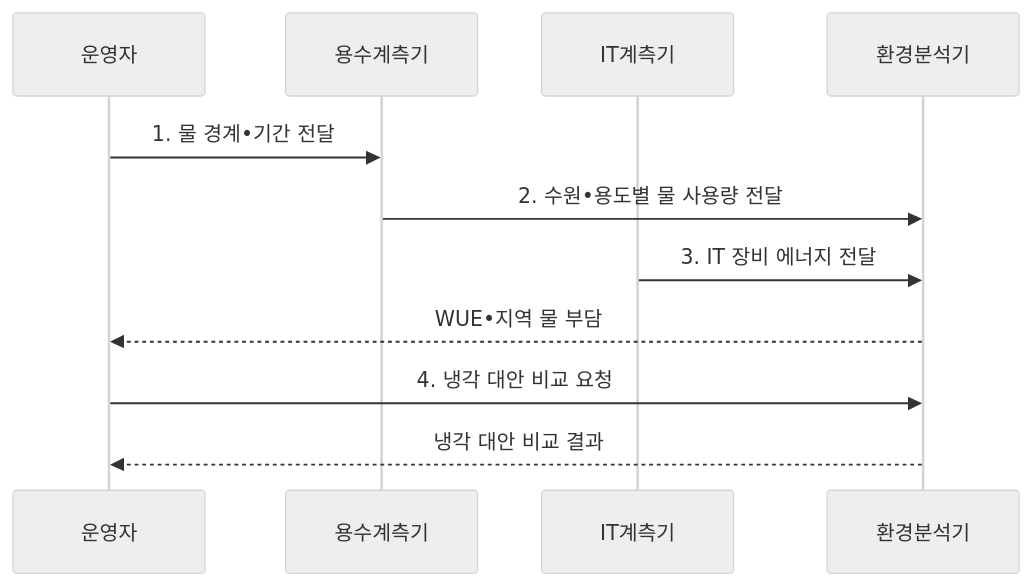
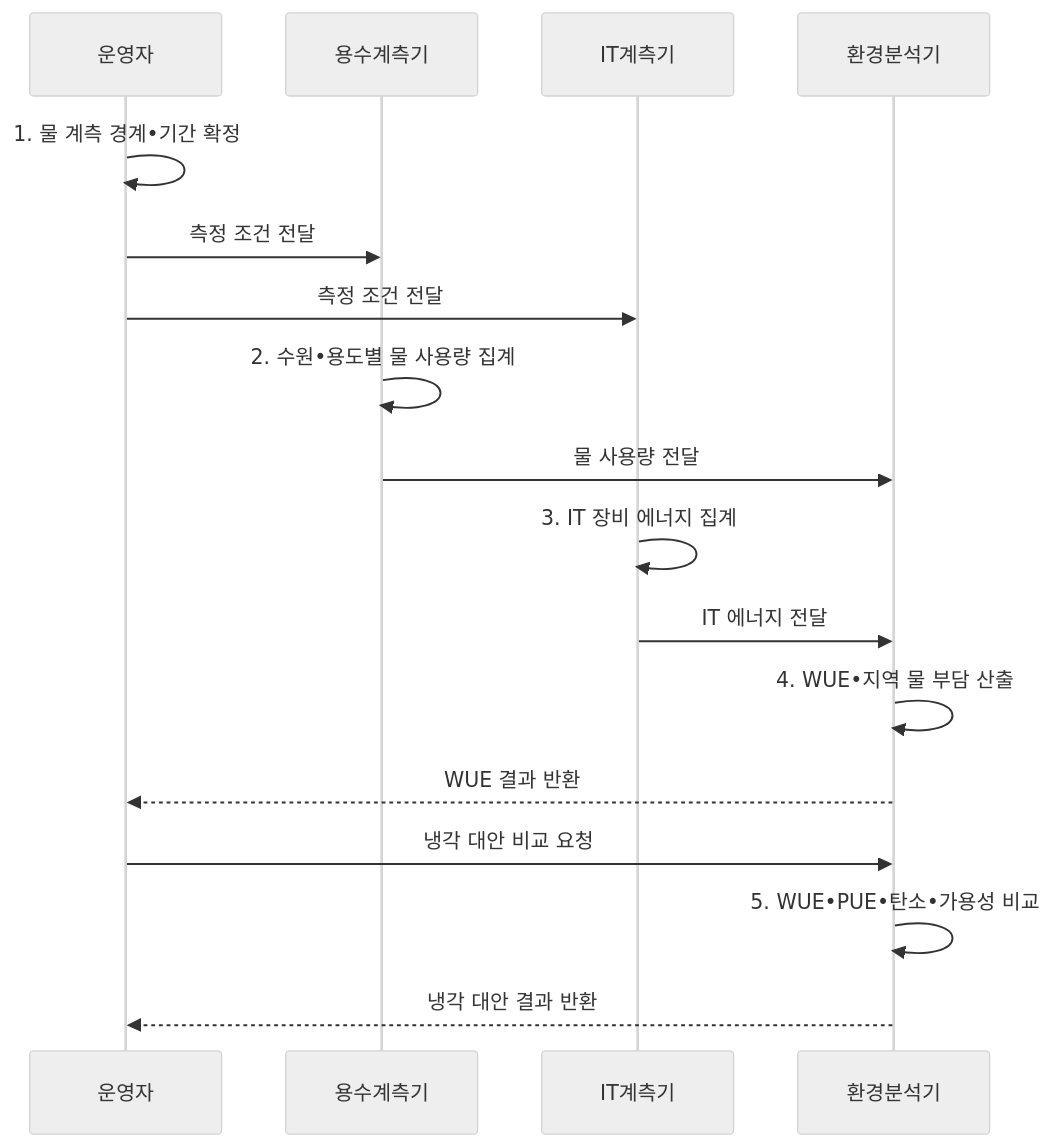
Before and after one commit to agnusdei1207/knowledge-base: the second of 2 diagrams in src/content/docs/notes/06-evaluation/040_wue_water_usage_effectiveness.md, drawn with Mermaid (neutral theme). The commit also changed other lines of this file and 20 other files, not shown here.

````diff
--- a/src/content/docs/notes/06-evaluation/040_wue_water_usage_effectiveness.md
+++ b/src/content/docs/notes/06-evaluation/040_wue_water_usage_effectiveness.md
@@ -105,13 +105,19 @@
 ```mermaid
 sequenceDiagram
-    participant O as 운영자
-    participant W as 용수계측기
-    participant I as IT계측기
-    participant A as 환경분석기
-    O->>W: 1. 물 경계•기간 전달
-    W->>A: 2. 수원•용도별 물 사용량 전달
-    I->>A: 3. IT 장비 에너지 전달
-    A-->>O: WUE•지역 물 부담
-    O->>A: 4. 냉각 대안 비교 요청
-    A-->>O: 냉각 대안 비교 결과
+  participant O as 운영자
+  participant W as 용수계측기
+  participant I as IT계측기
+  participant A as 환경분석기
+  O->>O: 1. 물 계측 경계•기간 확정
+  O->>W: 측정 조건 전달
+  O->>I: 측정 조건 전달
+  W->>W: 2. 수원•용도별 물 사용량 집계
+  W->>A: 물 사용량 전달
+  I->>I: 3. IT 장비 에너지 집계
+  I->>A: IT 에너지 전달
+  A->>A: 4. WUE•지역 물 부담 산출
+  A-->>O: WUE 결과 반환
+  O->>A: 냉각 대안 비교 요청
+  A->>A: 5. WUE•PUE•탄소•가용성 비교
+  A-->>O: 냉각 대안 결과 반환
 ```
````
